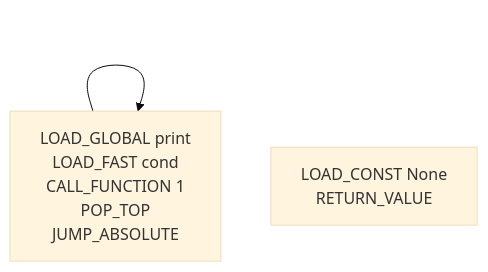
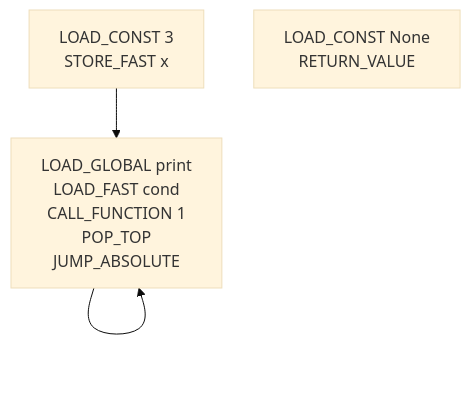
Before and after one commit to tekknolagi/tekknolagi.github.com: the third of 3 diagrams in _posts/2023-05-31-definite-assignment-analysis.md, drawn with Mermaid (base theme). The commit also changed other lines of this file, not shown here.

````diff
--- a/_posts/2023-05-31-definite-assignment-analysis.md
+++ b/_posts/2023-05-31-definite-assignment-analysis.md
@@ -454,5 +464,6 @@
 ```mermaid
-graph BT;
-    entry[LOAD_GLOBAL print<br />LOAD_FAST cond<br />CALL_FUNCTION 1<br />POP_TOP<br />JUMP_ABSOLUTE]-->entry;
+graph TB;
+    entry[LOAD_CONST 3<br />STORE_FAST x]-->loop;
+    loop[LOAD_GLOBAL print<br />LOAD_FAST cond<br />CALL_FUNCTION 1<br />POP_TOP<br />JUMP_ABSOLUTE]-->loop;
     dangling[LOAD_CONST None<br />RETURN_VALUE];
 ```
````
